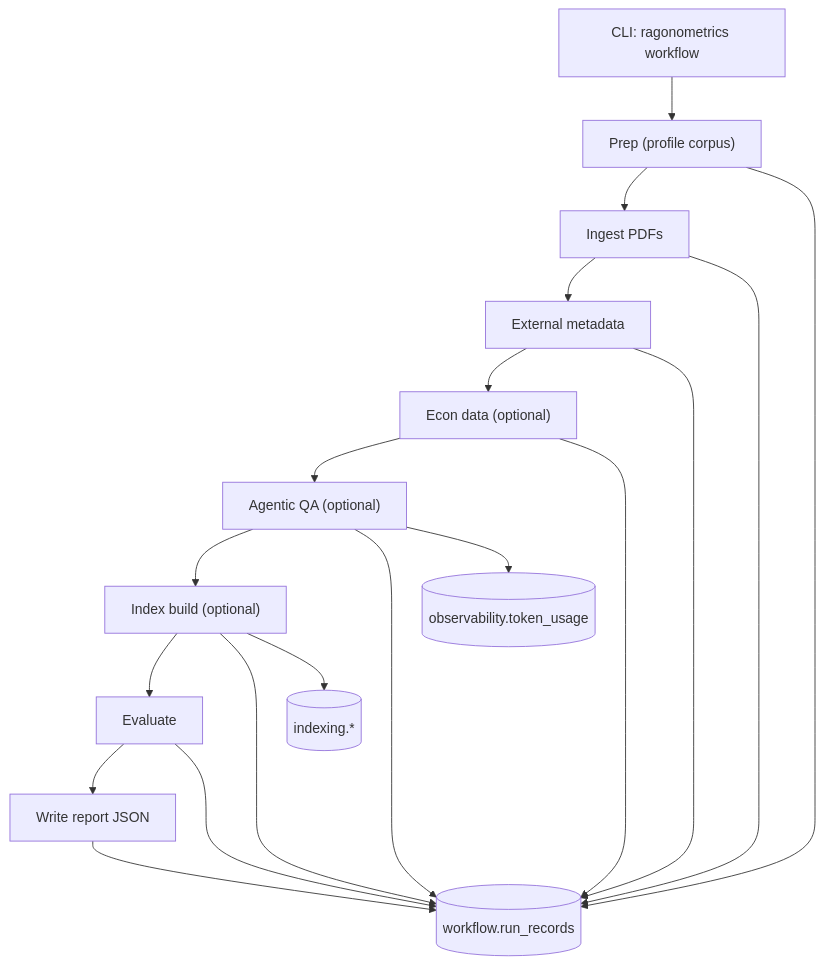
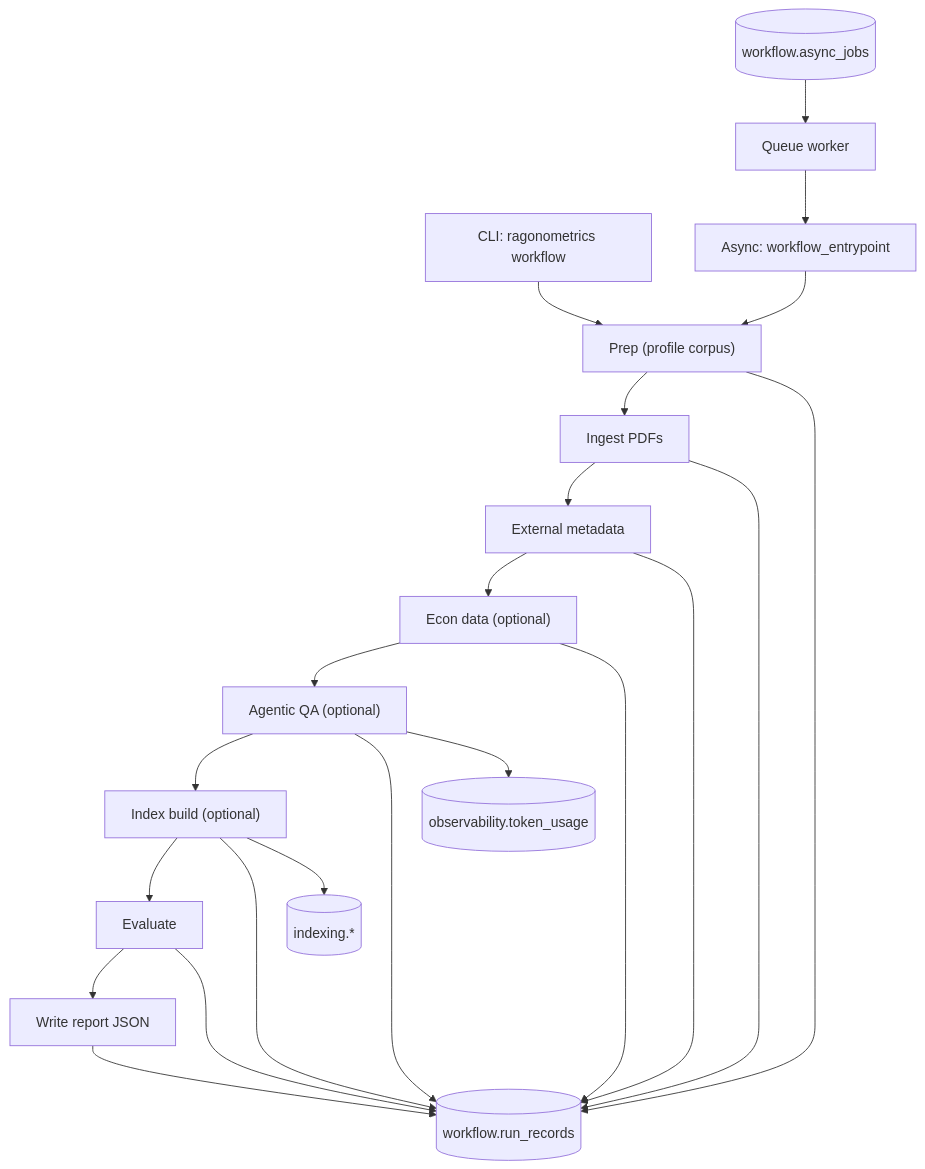
Before and after one commit to badbayesian/ragonometrics: the diagram in docs/architecture/workflow_architecture.md, drawn with Mermaid. The commit also changed other lines of this file and 41 other files, not shown here.

Commit message:
Update docs and pipeline metadata flow (OpenAlex + Postgres)

````diff
--- a/docs/architecture/workflow_architecture.md
+++ b/docs/architecture/workflow_architecture.md
@@ -11,23 +11,26 @@
 ```mermaid
 flowchart TD
-  Start["CLI: ragonometrics workflow"] --> Prep["Prep (profile corpus)"]
+  StartCLI["CLI: ragonometrics workflow"] --> Prep["Prep (profile corpus)"]
+  QueueTable[(workflow.async_jobs)] --> Worker["Queue worker"]
+  Worker --> StartAsync["Async: workflow_entrypoint"]
+  StartAsync --> Prep
   Prep --> Ingest["Ingest PDFs"]
   Ingest --> Enrich["External metadata"]
   Enrich --> Econ["Econ data (optional)"]
   Econ --> Agentic["Agentic QA (optional)"]
   Agentic --> Index["Index build (optional)"]
   Index --> Eval["Evaluate"]
   Eval --> Report["Write report JSON"]
 
   Prep --> StateDB[(workflow.run_records)]
   Ingest --> StateDB
   Enrich --> StateDB
   Econ --> StateDB
   Agentic --> StateDB
   Index --> StateDB
   Eval --> StateDB
   Report --> StateDB
 
   Agentic --> UsageDB[(observability.token_usage)]
   Index --> Postgres[(indexing.*)]
 ```
````
